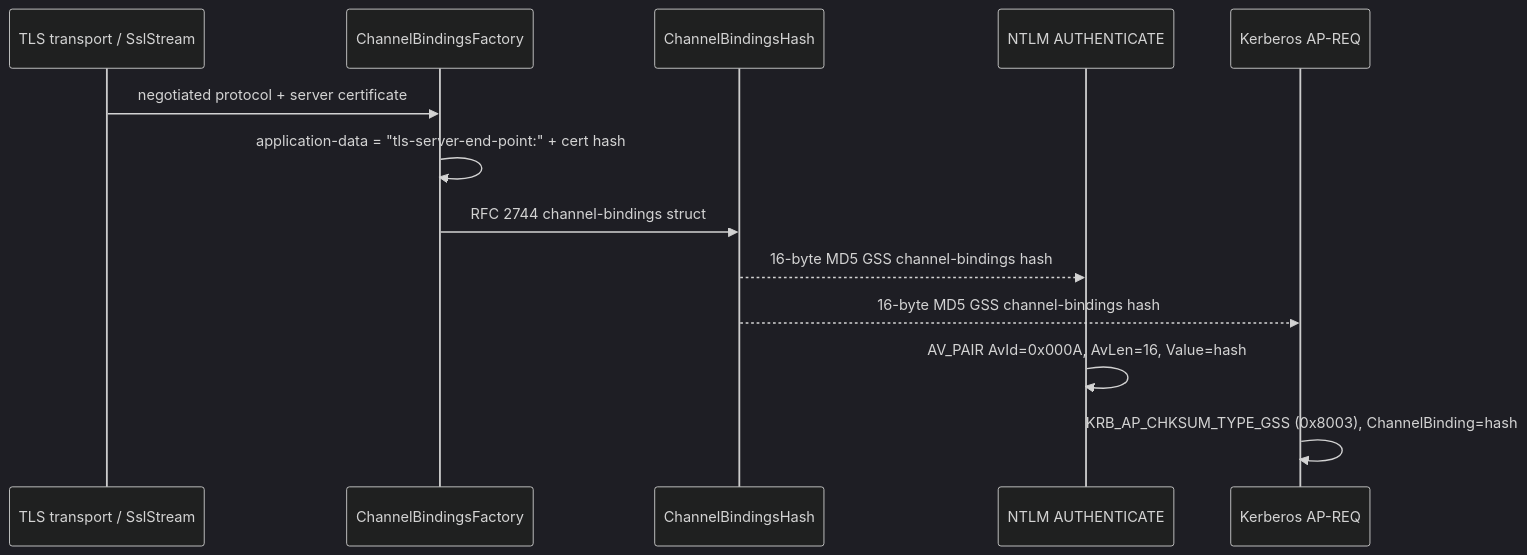
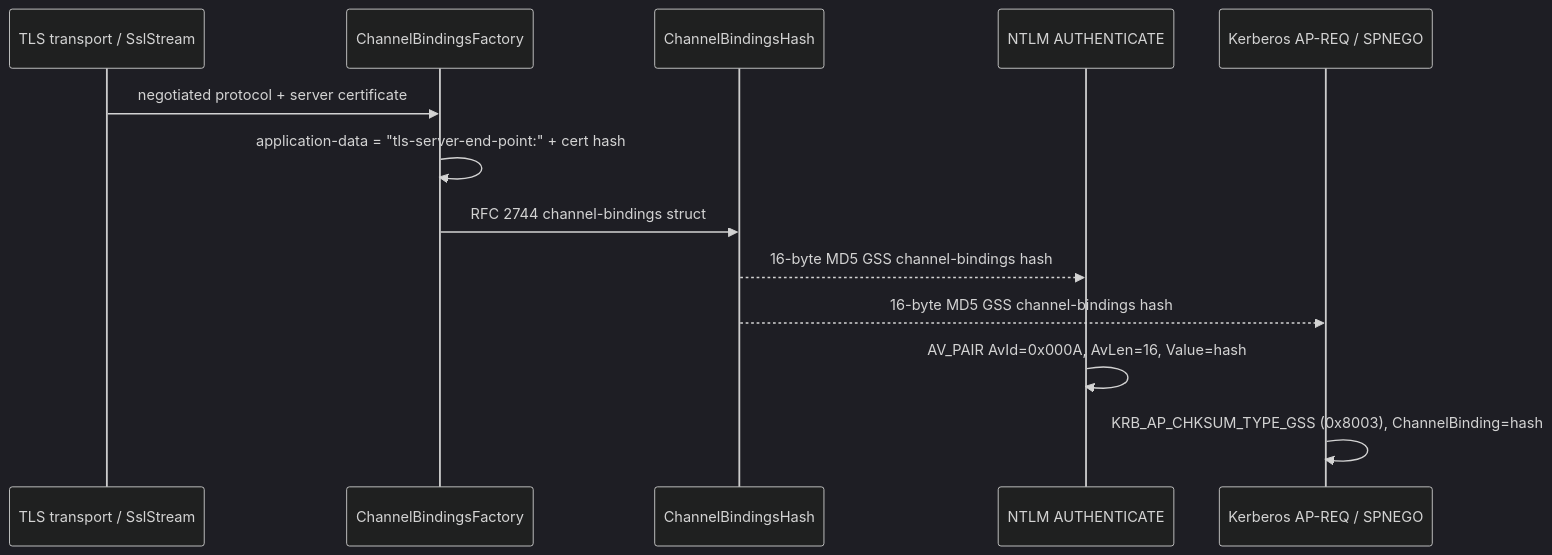
The diagram in docs/security/CHANNEL_BINDING.md (marcschier/opc-classic), drawn with Mermaid (dark theme) before and after one commit. The commit also changed other lines of this file and 9 other files, not shown here.

````diff
--- a/docs/security/CHANNEL_BINDING.md
+++ b/docs/security/CHANNEL_BINDING.md
@@ -7,16 +7,16 @@
 ```mermaid
 sequenceDiagram
     participant Tls as TLS transport / SslStream
     participant Cbt as ChannelBindingsFactory
     participant Hash as ChannelBindingsHash
     participant Ntlm as NTLM AUTHENTICATE
-    participant Krb as Kerberos AP-REQ
+    participant Krb as Kerberos AP-REQ / SPNEGO
 
     Tls->>Cbt: negotiated protocol + server certificate
     Cbt->>Cbt: application-data = "tls-server-end-point:" + cert hash
     Cbt->>Hash: RFC 2744 channel-bindings struct
     Hash-->>Ntlm: 16-byte MD5 GSS channel-bindings hash
     Hash-->>Krb: 16-byte MD5 GSS channel-bindings hash
     Ntlm->>Ntlm: AV_PAIR AvId=0x000A, AvLen=16, Value=hash
     Krb->>Krb: KRB_AP_CHKSUM_TYPE_GSS (0x8003), ChannelBinding=hash
 ```
````
